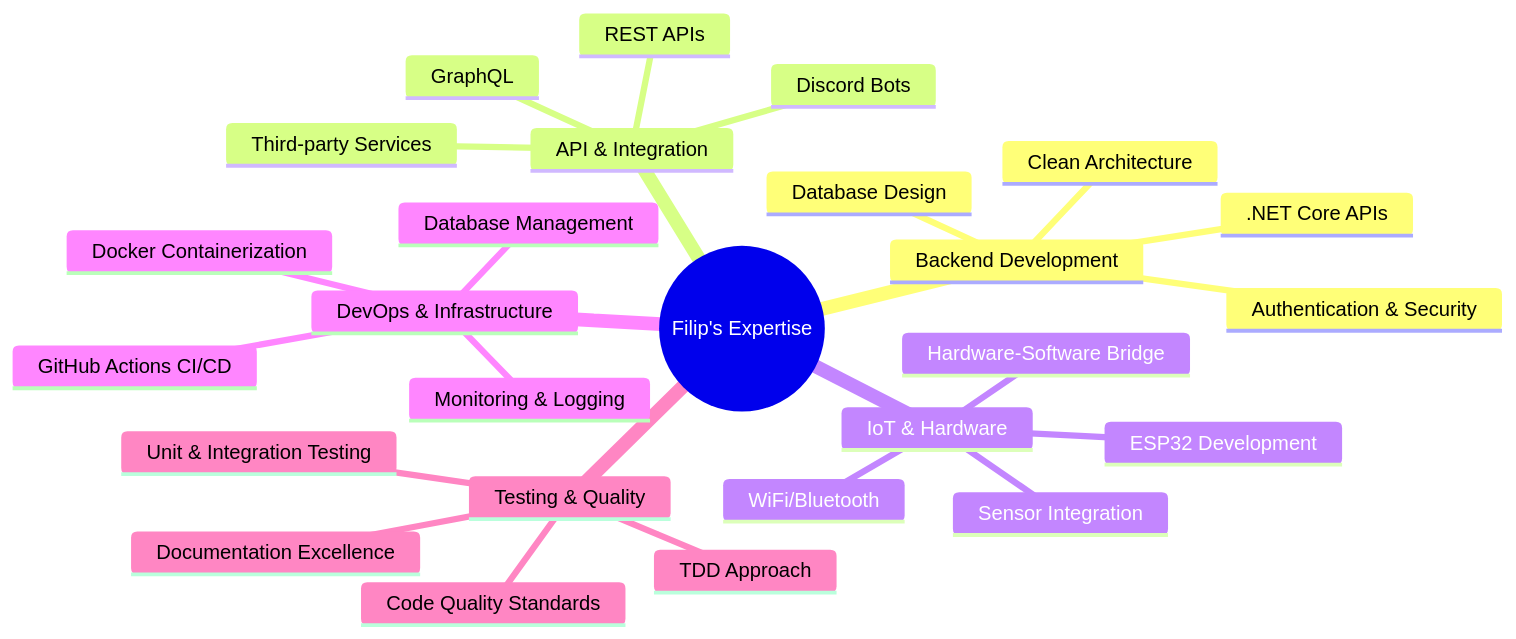
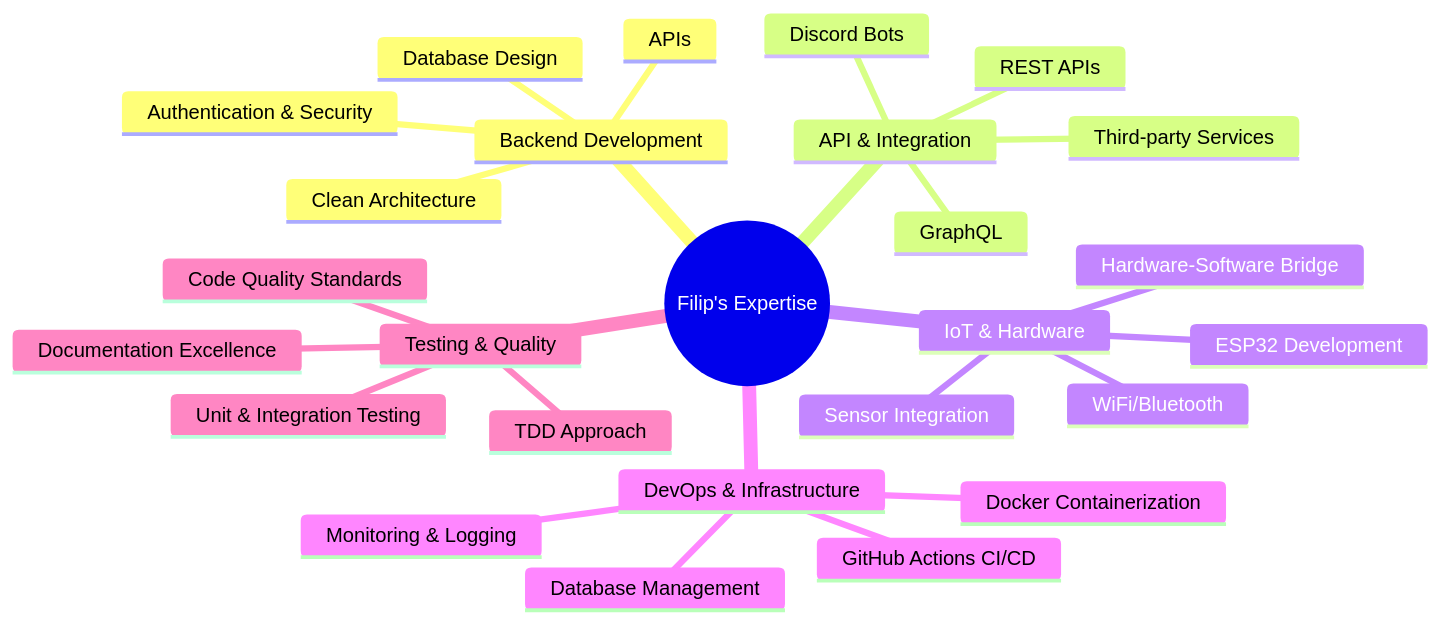
One commit to fpindej/fpindej changed the second of 6 diagrams in README.md. Above: the diagram before and after it, drawn with Mermaid. The commit also changed other lines of this file, not shown here.

````diff
--- a/README.md
+++ b/README.md
@@ -64,29 +39,29 @@
 ```mermaid
 mindmap
   root((Filip's Expertise))
     Backend Development
-      .NET Core APIs
+      APIs
       Clean Architecture
       Database Design
       Authentication & Security
     API & Integration
       REST APIs
       GraphQL
       Discord Bots
       Third-party Services
     IoT & Hardware
       ESP32 Development
       Sensor Integration
       WiFi/Bluetooth
       Hardware-Software Bridge
     DevOps & Infrastructure
       Docker Containerization
       GitHub Actions CI/CD
       Database Management
       Monitoring & Logging
     Testing & Quality
       TDD Approach
       Unit & Integration Testing
       Code Quality Standards
       Documentation Excellence
 ```
````
